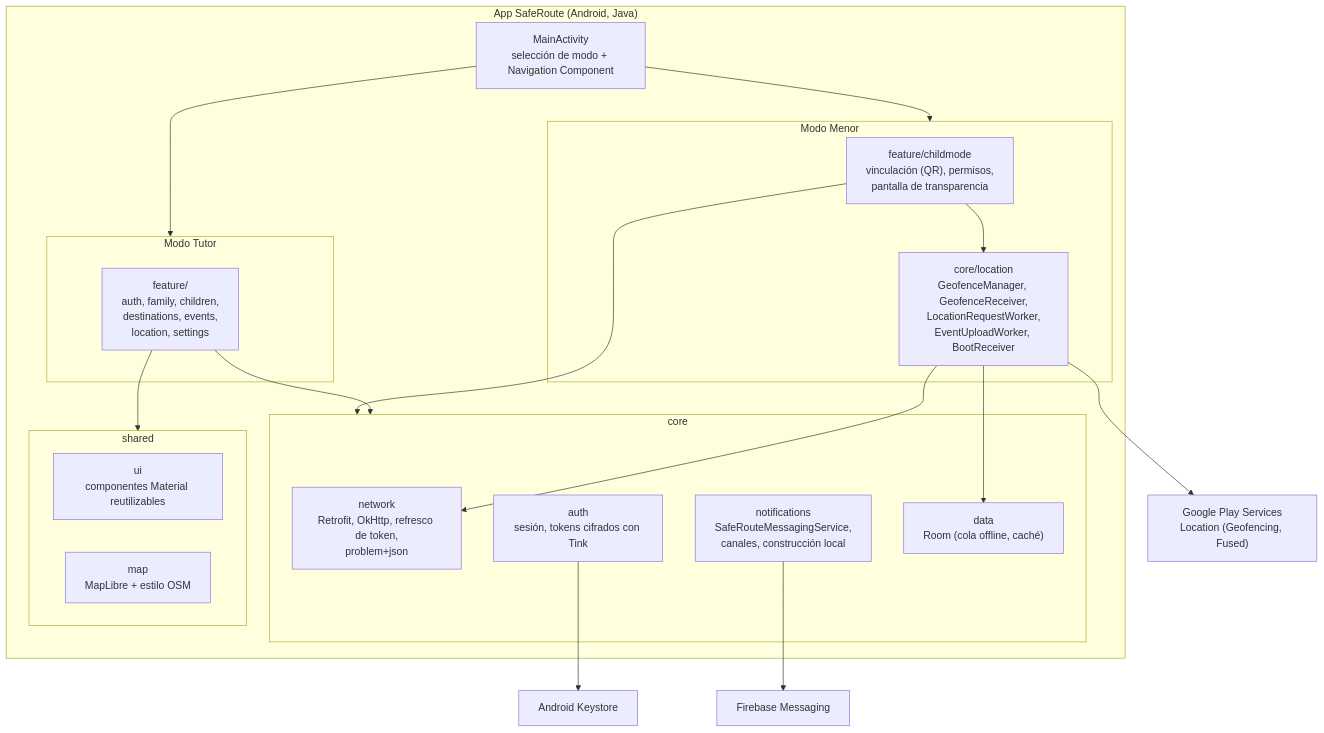
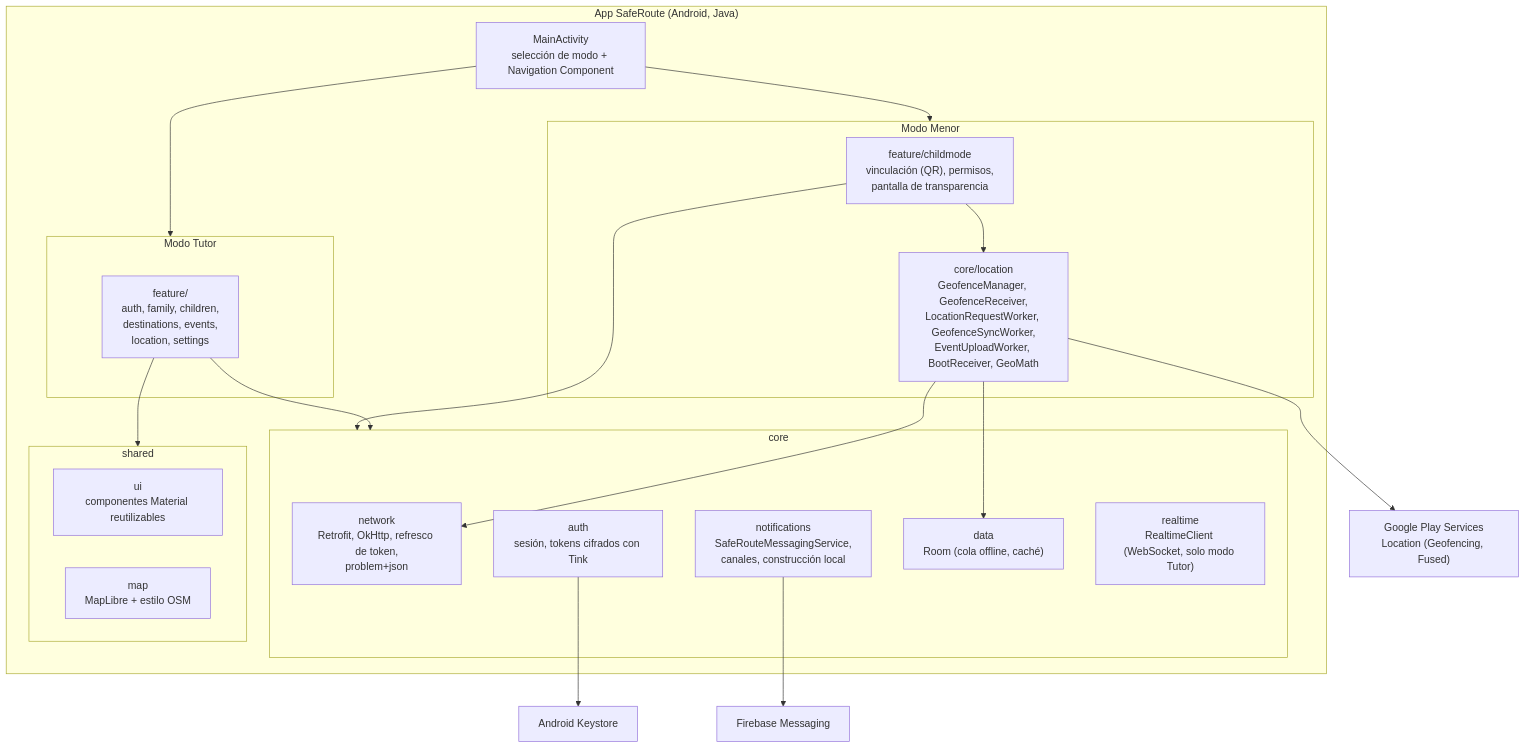
One commit to darvysoriano/saferoute-app changed the third of 12 diagrams in docs/sdd/SDD-SafeRoute.md. Above: the diagram before and after it, drawn with Mermaid. The commit also changed other lines of this file and 5 other files, not shown here.

````diff
--- a/docs/sdd/SDD-SafeRoute.md
+++ b/docs/sdd/SDD-SafeRoute.md
@@ -224,43 +225,44 @@
 ```mermaid
 flowchart TB
     subgraph App["App SafeRoute (Android, Java)"]
         MAIN["MainActivity<br/>selección de modo + Navigation Component"]
 
         subgraph Tutor["Modo Tutor"]
             FT["feature/<br/>auth, family, children,<br/>destinations, events,<br/>location, settings"]
         end
 
         subgraph Menor["Modo Menor"]
             FM["feature/childmode<br/>vinculación (QR), permisos,<br/>pantalla de transparencia"]
-            LE["core/location<br/>GeofenceManager, GeofenceReceiver,<br/>LocationRequestWorker,<br/>EventUploadWorker, BootReceiver"]
+            LE["core/location<br/>GeofenceManager, GeofenceReceiver,<br/>LocationRequestWorker, GeofenceSyncWorker,<br/>EventUploadWorker, BootReceiver, GeoMath"]
         end
 
         subgraph Core["core"]
             NET["network<br/>Retrofit, OkHttp, refresco de token,<br/>problem+json"]
             AUTH["auth<br/>sesión, tokens cifrados con Tink"]
             NOTIF["notifications<br/>SafeRouteMessagingService,<br/>canales, construcción local"]
             DATA["data<br/>Room (cola offline, caché)"]
+            RT["realtime<br/>RealtimeClient (WebSocket, solo modo Tutor)"]
         end
 
         subgraph Shared["shared"]
             UI["ui<br/>componentes Material reutilizables"]
             MAP["map<br/>MapLibre + estilo OSM"]
         end
     end
 
     GMS["Google Play Services<br/>Location (Geofencing, Fused)"]
     FCMC["Firebase Messaging"]
     KS["Android Keystore"]
 
     MAIN --> Tutor
     MAIN --> Menor
     FT --> Core
     FT --> Shared
     FM --> Core
     FM --> LE
     LE --> GMS
     LE --> DATA
     LE --> NET
     NOTIF --> FCMC
     AUTH --> KS
 ```
````
